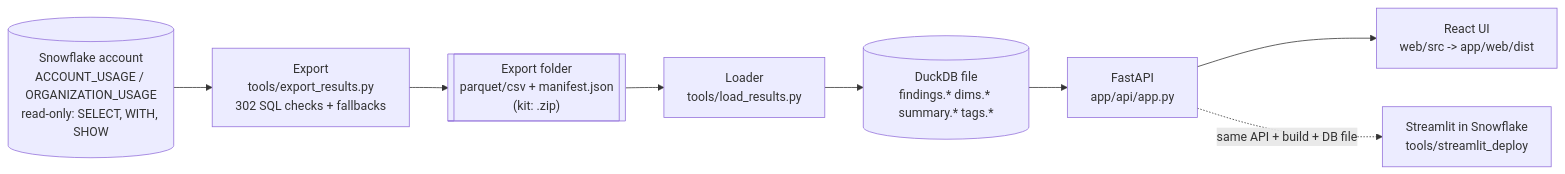
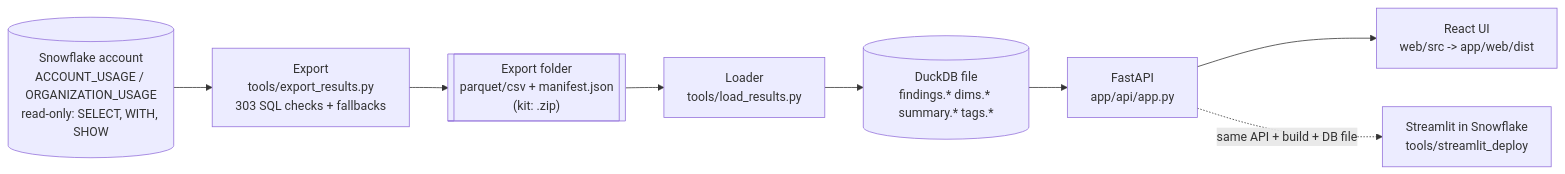
Before and after one commit to darshanmeel/snowflake-audit-app: the diagram in snowflake-audit-app-knowledge-graph/index.md, drawn with Mermaid. The commit also changed other lines of this file and 26 other files, not shown here.

````diff
--- a/snowflake-audit-app-knowledge-graph/index.md
+++ b/snowflake-audit-app-knowledge-graph/index.md
@@ -9,12 +9,12 @@
 ```mermaid
 flowchart LR
   SF[("Snowflake account<br/>ACCOUNT_USAGE / ORGANIZATION_USAGE<br/>read-only: SELECT, WITH, SHOW")]
-  EX["Export<br/>tools/export_results.py<br/>302 SQL checks + fallbacks"]
+  EX["Export<br/>tools/export_results.py<br/>303 SQL checks + fallbacks"]
   OUT[["Export folder<br/>parquet/csv + manifest.json<br/>(kit: .zip)"]]
   LD["Loader<br/>tools/load_results.py"]
   DB[("DuckDB file<br/>findings.* dims.* summary.* tags.*")]
   API["FastAPI<br/>app/api/app.py"]
   UI["React UI<br/>web/src -> app/web/dist"]
   SF --> EX --> OUT --> LD --> DB --> API --> UI
   API -. "same API + build + DB file" .-> ST["Streamlit in Snowflake<br/>tools/streamlit_deploy"]
 ```
````
